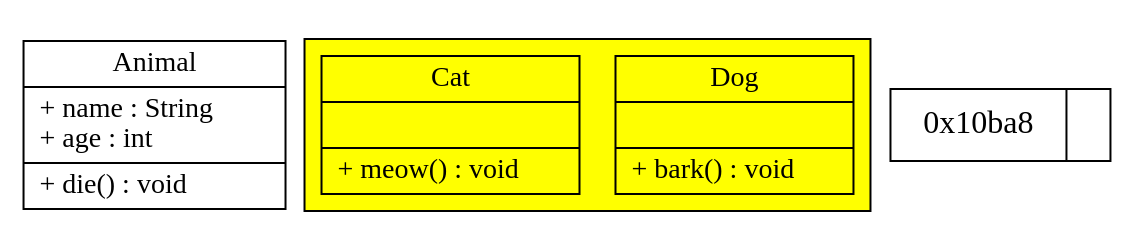
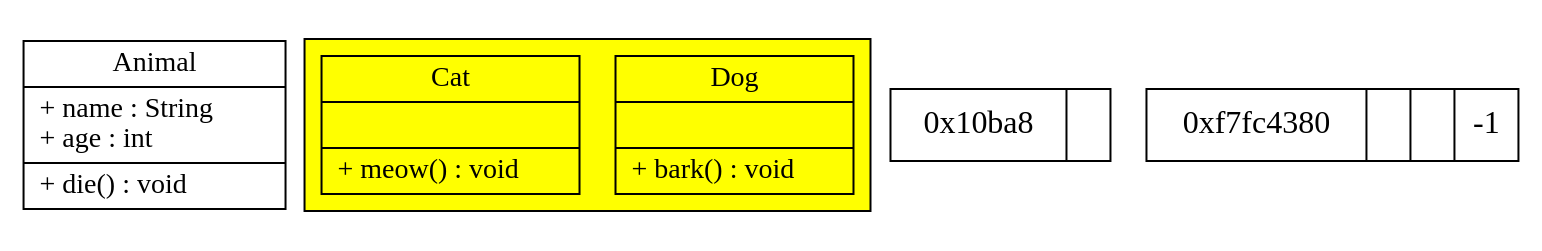
Before and after one commit to sisyphus1212/note: the diagram in dpdk/内存管理.md, drawn with Graphviz.

Commit message:
auto_update

````diff
--- a/dpdk/内存管理.md
+++ b/dpdk/内存管理.md
@@ -79,18 +79,22 @@
 ```graphviz
 digraph g {
 	Animal[label = "{Animal | + name : String\l+ age : int\l |+ die() : void\l}", shape = "record" ];
 	subgraph clusterAnimalImpl{
 		bgcolor = "yellow";
 		Dog[label = "{Dog| |+ bark() : void\l}" , shape = "record"];
 		Cat[label = "{Cat| |+ meow() : void\l}" , shape = "record"];
 	};
 	node [
 	fontsize = "16"
 	shape = "ellipse"
 	];
 	"node0" [
 		label = "<f0> 0x10ba8| <f1>"
 		shape = "record"
 	];
+	"node1" [
+	label = "<f0> 0xf7fc4380| <f1> | <f2> |-1"
+	shape = "record"
+	];
 }
 ```
````
